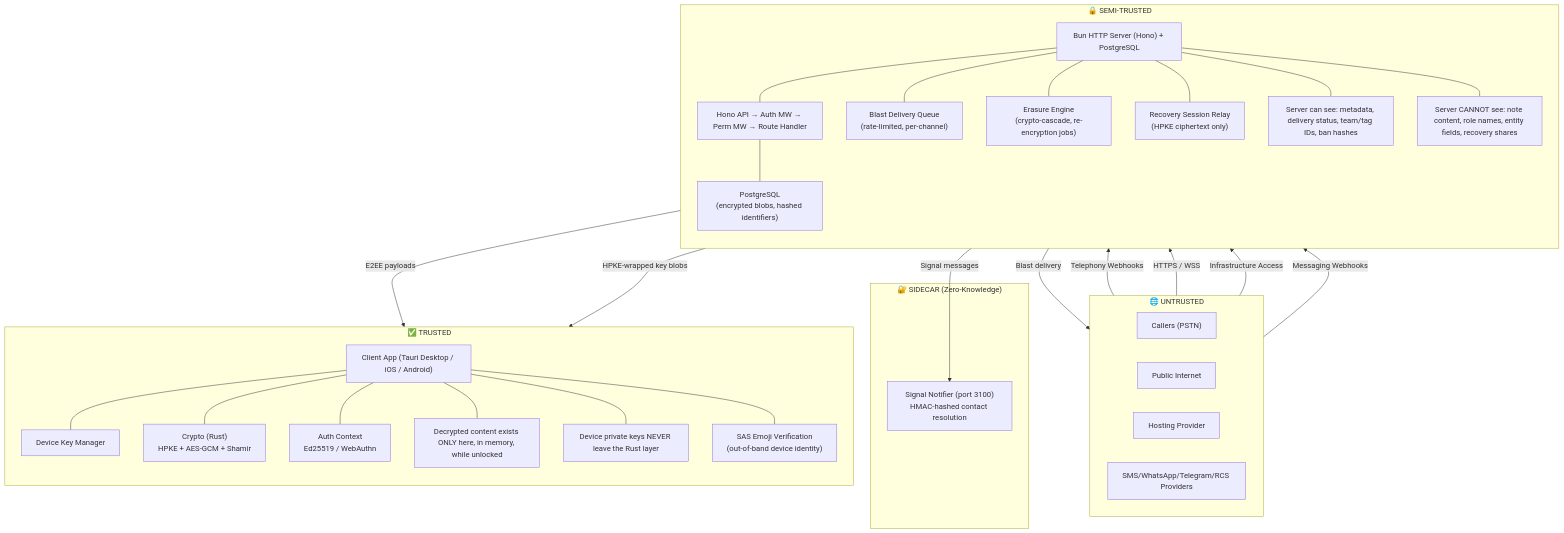
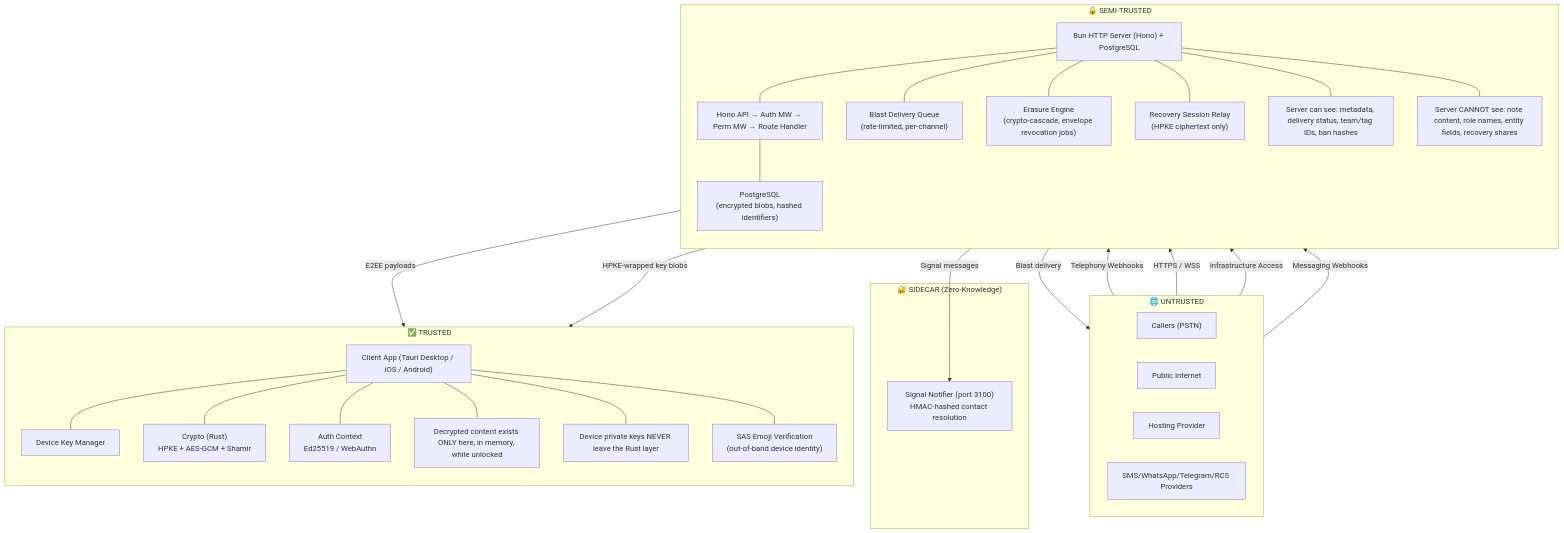
Before and after one commit to Llamenos-Hotline/llamenos-platform: the diagram in docs/security/THREAT_MODEL.md, drawn with Mermaid. The commit also changed other lines of this file and 58 other files, not shown here.

First line of the commit message:
refactor(erasure): rename re_encryption_jobs to envelope_revocation_jobs (#1527)

````diff
--- a/docs/security/THREAT_MODEL.md
+++ b/docs/security/THREAT_MODEL.md
@@ -116,62 +116,62 @@
 ```mermaid
 flowchart TB
     subgraph UNTRUSTED["🌐 UNTRUSTED"]
         direction LR
         PSTN["Callers (PSTN)"]
         Internet["Public Internet"]
         Provider["Hosting Provider"]
         MsgProviders["SMS/WhatsApp/Telegram/RCS Providers"]
     end
 
     subgraph SEMI["🔒 SEMI-TRUSTED"]
         direction TB
         Server["Bun HTTP Server (Hono) + PostgreSQL"]
         API["Hono API → Auth MW → Perm MW → Route Handler"]
         DB["PostgreSQL<br/>(encrypted blobs, hashed identifiers)"]
         BlastQueue["Blast Delivery Queue<br/>(rate-limited, per-channel)"]
-        ErasureEngine["Erasure Engine<br/>(crypto-cascade, re-encryption jobs)"]
+        ErasureEngine["Erasure Engine<br/>(crypto-cascade, envelope revocation jobs)"]
         RecoveryRelay["Recovery Session Relay<br/>(HPKE ciphertext only)"]
         ServerMeta["Server can see: metadata, delivery status, team/tag IDs, ban hashes"]
         ServerCant["Server CANNOT see: note content, role names, entity fields, recovery shares"]
     end
 
     subgraph SIDECAR["🔐 SIDECAR (Zero-Knowledge)"]
         SignalNotifier["Signal Notifier (port 3100)<br/>HMAC-hashed contact resolution"]
     end
 
     subgraph TRUSTED["✅ TRUSTED"]
         direction TB
         Client["Client App (Tauri Desktop / iOS / Android)"]
         DevKey["Device Key Manager"]
         Crypto["Crypto (Rust)<br/>HPKE + AES-GCM + Shamir"]
         Auth["Auth Context<br/>Ed25519 / WebAuthn"]
         ClientNote["Decrypted content exists ONLY here, in memory, while unlocked"]
         ClientKey["Device private keys NEVER leave the Rust layer"]
         SASVerify["SAS Emoji Verification<br/>(out-of-band device identity)"]
     end
 
     PSTN -->|Telephony Webhooks| Server
     Internet -->|HTTPS / WSS| Server
     Provider -->|Infrastructure Access| Server
     MsgProviders -->|Messaging Webhooks| Server
 
     Server -->|E2EE payloads| Client
     Server -->|HPKE-wrapped key blobs| Client
     Server -->|Blast delivery| MsgProviders
     Server -->|Signal messages| SignalNotifier
 
     Server --- API
     API --- DB
     Server --- BlastQueue
     Server --- ErasureEngine
     Server --- RecoveryRelay
     Server --- ServerMeta
     Server --- ServerCant
 
     Client --- DevKey
     Client --- Crypto
     Client --- Auth
     Client --- ClientNote
     Client --- ClientKey
     Client --- SASVerify
 ```
````
